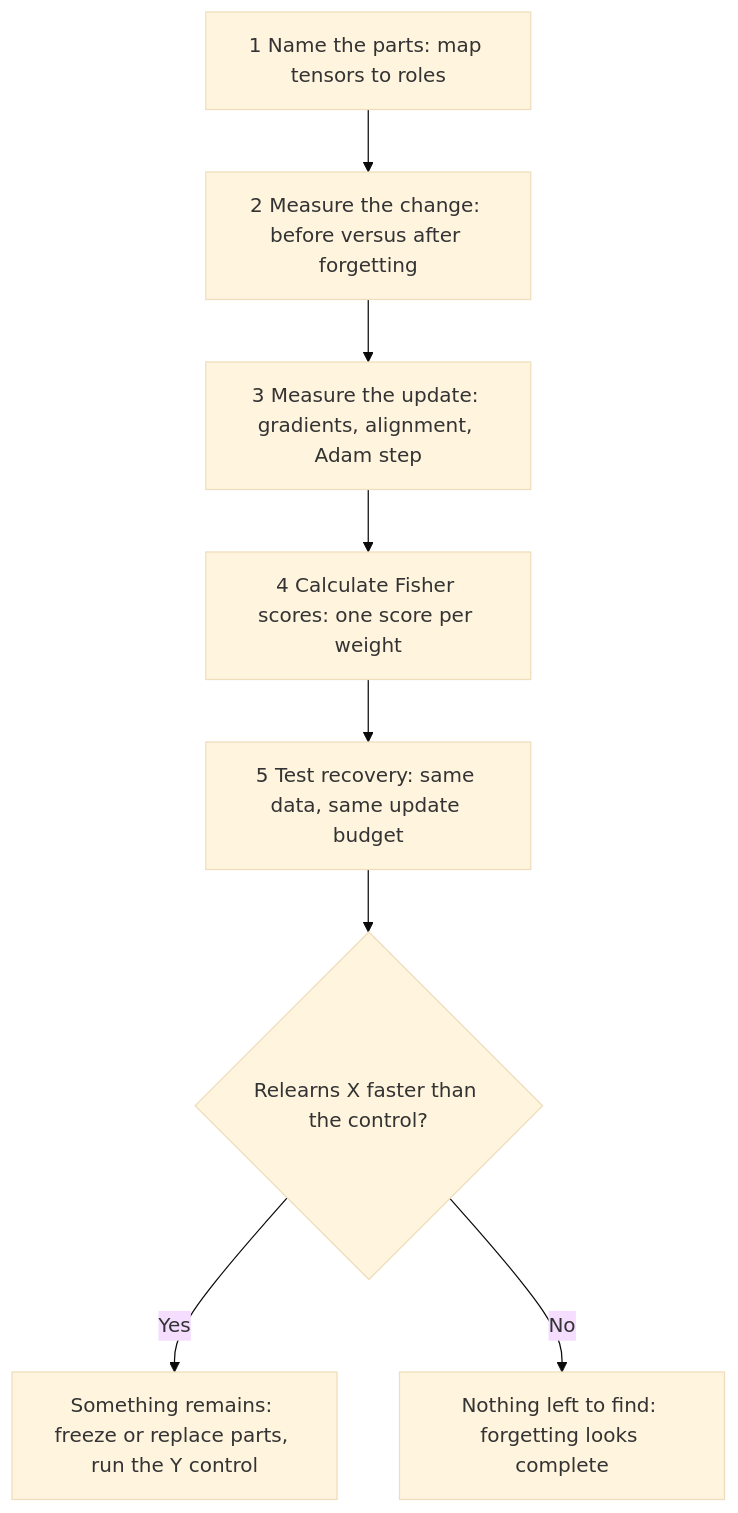
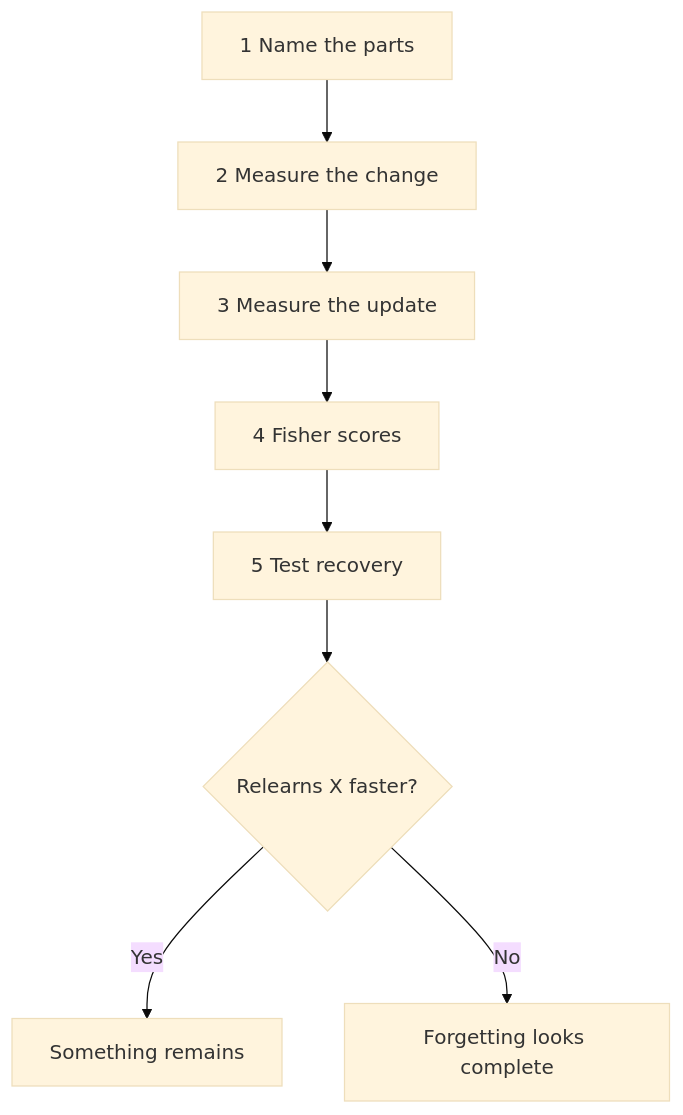
Before and after one commit to sumitasthana/CARK: the diagram in docs/MODEL_DIAGNOSTICS.md, drawn with Mermaid (base theme).

Commit message:
Shorten diagram labels

````diff
--- a/docs/MODEL_DIAGNOSTICS.md
+++ b/docs/MODEL_DIAGNOSTICS.md
@@ -47,10 +47,10 @@
 ```mermaid
 flowchart TD
-    S1[1 Name the parts: map tensors to roles] --> S2[2 Measure the change: before versus after forgetting]
-    S2 --> S3[3 Measure the update: gradients, alignment, Adam step]
-    S3 --> S4[4 Calculate Fisher scores: one score per weight]
-    S4 --> S5[5 Test recovery: same data, same update budget]
-    S5 --> D{Relearns X faster than the control?}
-    D -->|Yes| A[Something remains: freeze or replace parts, run the Y control]
-    D -->|No| B[Nothing left to find: forgetting looks complete]
+    S1[1 Name the parts] --> S2[2 Measure the change]
+    S2 --> S3[3 Measure the update]
+    S3 --> S4[4 Fisher scores]
+    S4 --> S5[5 Test recovery]
+    S5 --> D{Relearns X faster?}
+    D -->|Yes| A[Something remains]
+    D -->|No| B[Forgetting looks complete]
 ```
````
